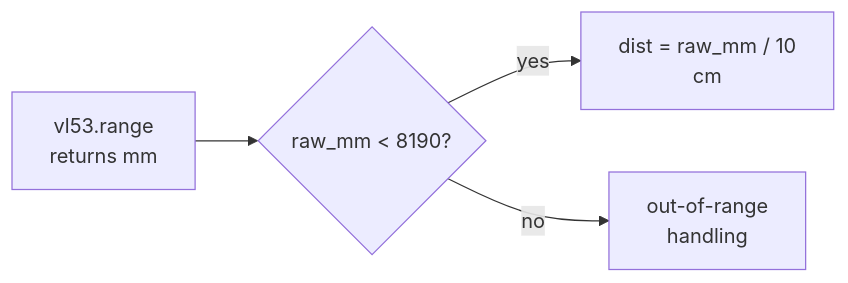
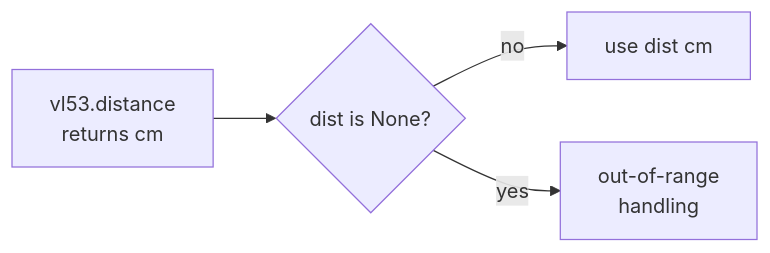
One commit to useblocks/demo_park_assist changed the third of 3 diagrams in .workshop/step_3/docs/architecture.rst. Above: the diagram before and after it, drawn with Mermaid. The commit also changed other lines of this file and 28 other files, not shown here.

```diff
--- a/.workshop/step_3/docs/architecture.rst
+++ b/.workshop/step_3/docs/architecture.rst
@@ -82,6 +82,6 @@
    .. mermaid::
 
       flowchart LR
-          A[vl53.range\nreturns mm] --> B{raw_mm < 8190?}
-          B -- yes --> C[dist = raw_mm / 10\ncm]
-          B -- no  --> D[out-of-range\nhandling]
+          A[vl53.distance\nreturns cm] --> B{dist is None?}
+          B -- no  --> C[use dist cm]
+          B -- yes --> D[out-of-range\nhandling]
```
